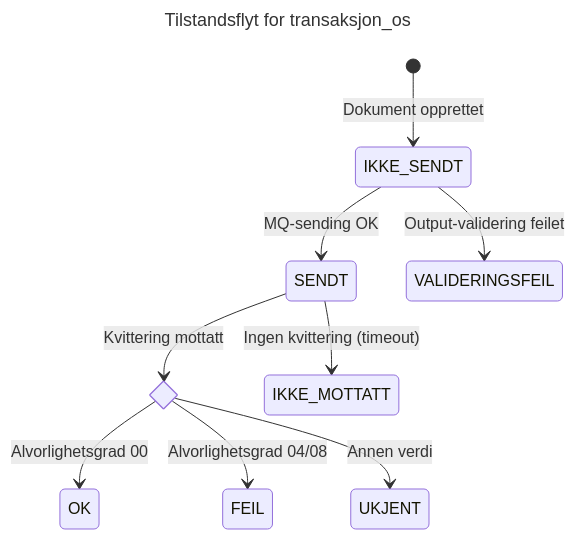
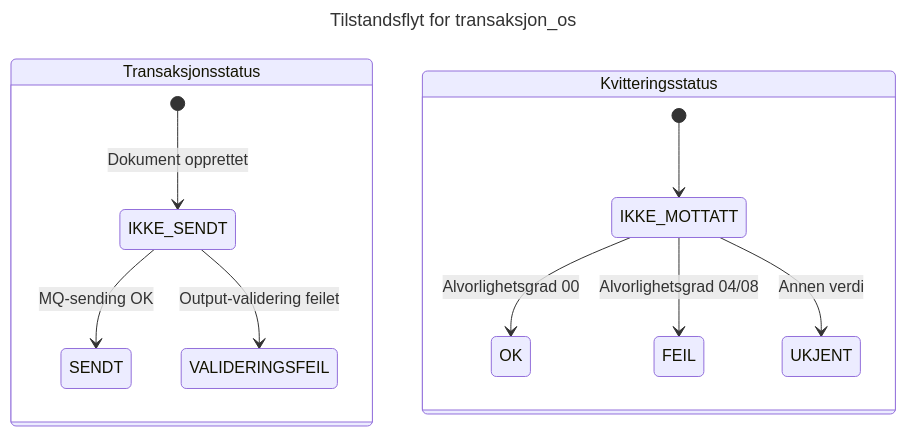
One commit to navikt/sokos-utleggstrekk changed the second of 10 diagrams in dokumentasjon/flytdiagram/README.md. Above: the diagram before and after it, drawn with Mermaid. The commit also changed other lines of this file, not shown here.

Commit message:
Separate transaction and receipt status diagrams

````diff
--- a/dokumentasjon/flytdiagram/README.md
+++ b/dokumentasjon/flytdiagram/README.md
@@ -45,17 +45,18 @@
 ```mermaid
 ---
 title: Tilstandsflyt for transaksjon_os
 ---
 stateDiagram-v2
-    [*] --> IKKE_SENDT : Dokument opprettet
-    IKKE_SENDT --> SENDT : MQ-sending OK
-    IKKE_SENDT --> VALIDERINGSFEIL : Output-validering feilet
+    state "Transaksjonsstatus" as transaksjon_status {
+        [*] --> IKKE_SENDT : Dokument opprettet
+        IKKE_SENDT --> SENDT : MQ-sending OK
+        IKKE_SENDT --> VALIDERINGSFEIL : Output-validering feilet
+    }
 
-    state kvittering <<choice>>
-    SENDT --> kvittering : Kvittering mottatt
-    kvittering --> OK : Alvorlighetsgrad 00
-    kvittering --> FEIL : Alvorlighetsgrad 04/08
-    kvittering --> UKJENT : Annen verdi
-
-    SENDT --> IKKE_MOTTATT : Ingen kvittering (timeout)
+    state "Kvitteringsstatus" as kvittering_status {
+        [*] --> IKKE_MOTTATT
+        IKKE_MOTTATT --> OK : Alvorlighetsgrad 00
+        IKKE_MOTTATT --> FEIL : Alvorlighetsgrad 04/08
+        IKKE_MOTTATT --> UKJENT : Annen verdi
+    }
 ```
````
